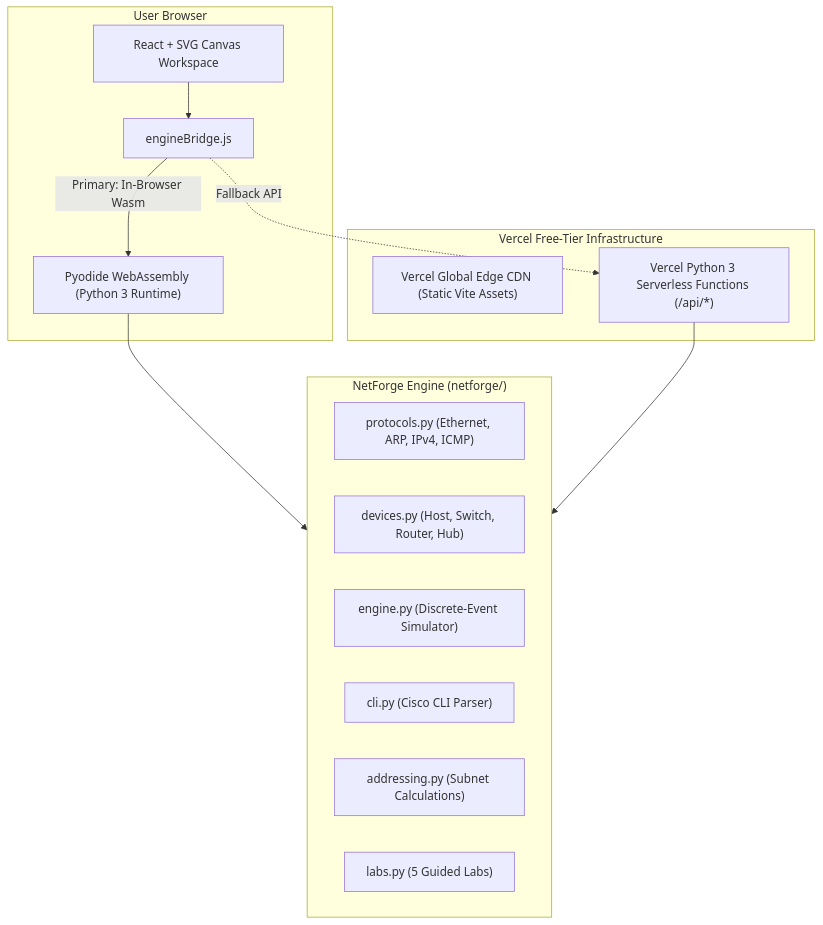
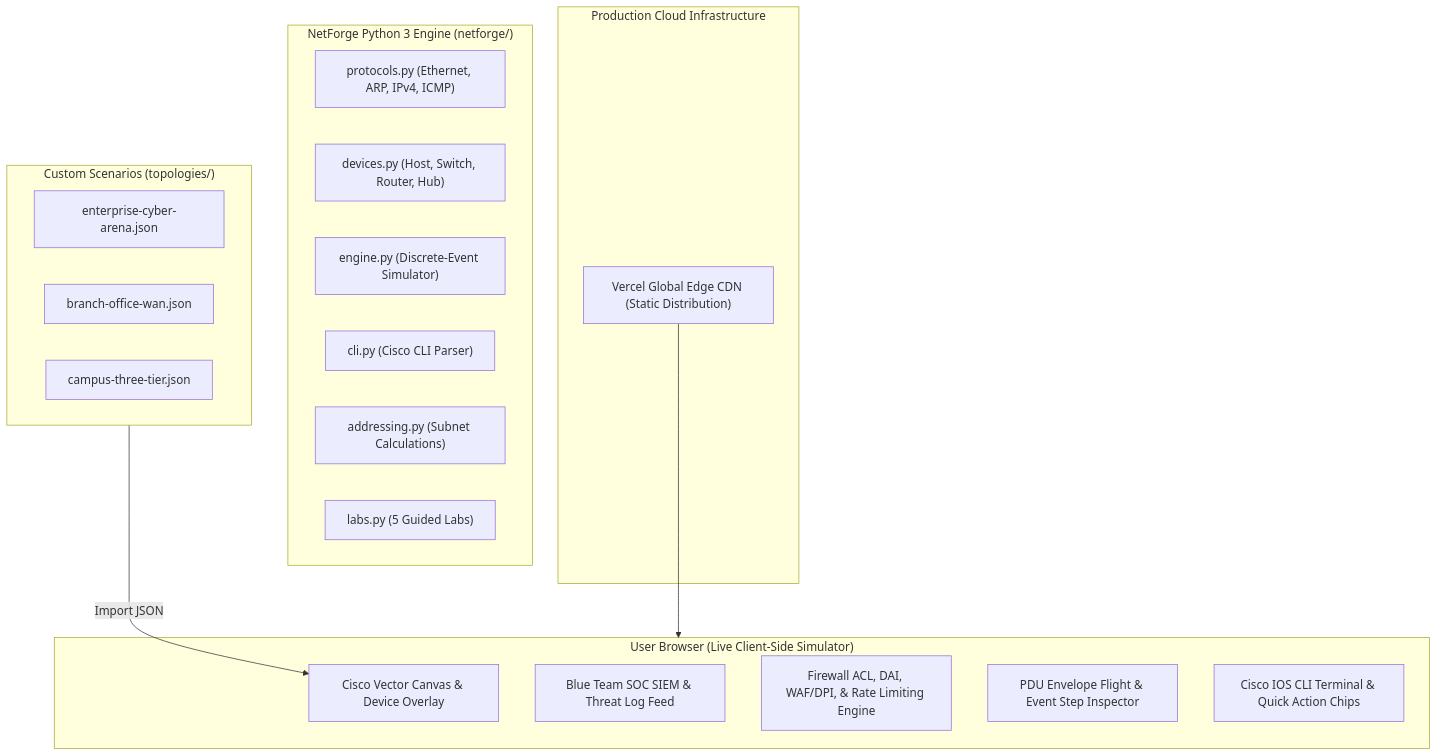
Before and after one commit to GorillaBrain/netforge-network-simulator: the first of 2 diagrams in README.md, drawn with Mermaid. The commit also changed other lines of this file and 38 other files, not shown here.

Commit message:
chore: remove obsolete React/API files, add topology library, schema validator, and Cyber Defense ops docs

````diff
--- a/README.md
+++ b/README.md
@@ -40,28 +42,32 @@
 ```mermaid
 graph TD
-    subgraph Browser["User Browser"]
-        UI["React + SVG Canvas Workspace"]
-        EngineBridge["engineBridge.js"]
-        PyodideWasm["Pyodide WebAssembly (Python 3 Runtime)"]
+    subgraph Browser["User Browser (Live Client-Side Simulator)"]
+        UI["Cisco Vector Canvas & Device Overlay"]
+        SIEM["Blue Team SOC SIEM & Threat Log Feed"]
+        Defense["Firewall ACL, DAI, WAF/DPI, & Rate Limiting Engine"]
+        Timeline["PDU Envelope Flight & Event Step Inspector"]
+        IOS["Cisco IOS CLI Terminal & Quick Action Chips"]
     end
 
-    subgraph PythonEngine["NetForge Engine (netforge/)"]
+    subgraph Topologies["Custom Scenarios (topologies/)"]
+        Topo1["enterprise-cyber-arena.json"]
+        Topo2["branch-office-wan.json"]
+        Topo3["campus-three-tier.json"]
+    end
+
+    subgraph PythonEngine["NetForge Python 3 Engine (netforge/)"]
         Protocols["protocols.py (Ethernet, ARP, IPv4, ICMP)"]
         Devices["devices.py (Host, Switch, Router, Hub)"]
         Engine["engine.py (Discrete-Event Simulator)"]
         CLI["cli.py (Cisco CLI Parser)"]
         Addressing["addressing.py (Subnet Calculations)"]
         Labs["labs.py (5 Guided Labs)"]
     end
 
-    subgraph Hosting["Vercel Free-Tier Infrastructure"]
-        CDN["Vercel Global Edge CDN (Static Vite Assets)"]
-        Serverless["Vercel Python 3 Serverless Functions (/api/*)"]
+    subgraph Hosting["Production Cloud Infrastructure"]
+        VercelCDN["Vercel Global Edge CDN (Static Distribution)"]
     end
 
-    UI --> EngineBridge
-    EngineBridge -->|Primary: In-Browser Wasm| PyodideWasm
-    PyodideWasm --> PythonEngine
-    EngineBridge -.->|Fallback API| Serverless
-    Serverless --> PythonEngine
+    Topologies -->|Import JSON| UI
+    VercelCDN --> Browser
 ```
````
